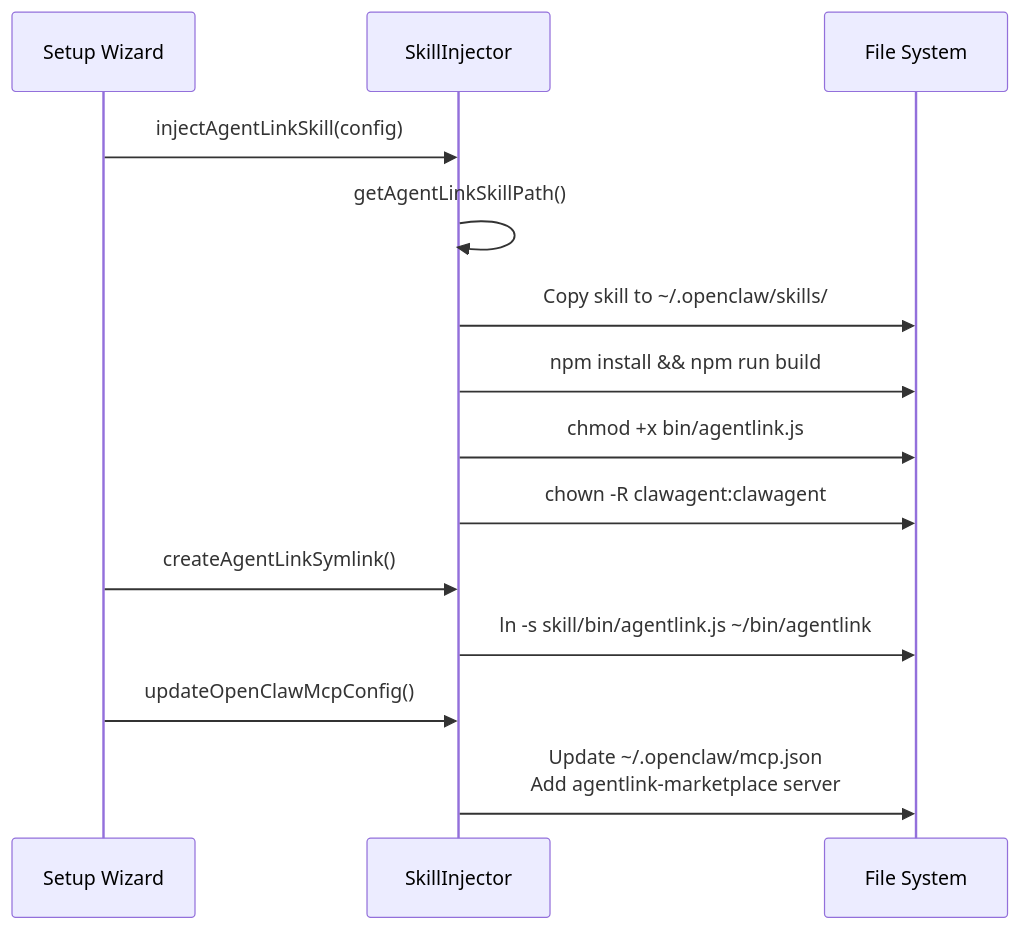
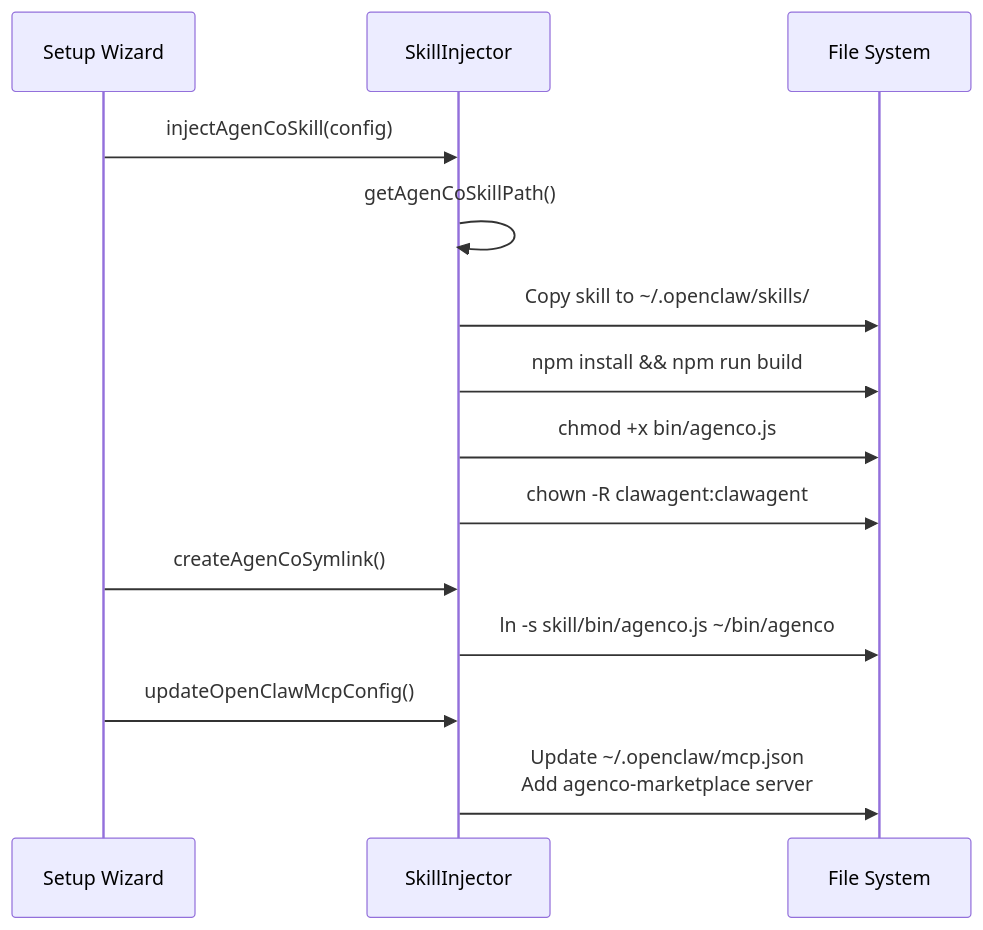
One commit to agen-co/agenshield changed the tenth of 12 diagrams in ARCHITECTURE.md. Above: the diagram before and after it, drawn with Mermaid. The commit also changed other lines of this file and 235 other files, not shown here.

Commit message:
Refactor AgentLink to AgenCo; update related components and schemas, enhance filesystem policy support

````diff
--- a/ARCHITECTURE.md
+++ b/ARCHITECTURE.md
@@ -539,23 +539,23 @@
 ```mermaid
 sequenceDiagram
     participant Setup as Setup Wizard
     participant Injector as SkillInjector
     participant FS as File System
 
-    Setup->>Injector: injectAgentLinkSkill(config)
+    Setup->>Injector: injectAgenCoSkill(config)
 
-    Injector->>Injector: getAgentLinkSkillPath()
+    Injector->>Injector: getAgenCoSkillPath()
     Injector->>FS: Copy skill to ~/.openclaw/skills/
 
     Injector->>FS: npm install && npm run build
 
-    Injector->>FS: chmod +x bin/agentlink.js
+    Injector->>FS: chmod +x bin/agenco.js
 
     Injector->>FS: chown -R clawagent:clawagent
 
-    Setup->>Injector: createAgentLinkSymlink()
-    Injector->>FS: ln -s skill/bin/agentlink.js ~/bin/agentlink
+    Setup->>Injector: createAgenCoSymlink()
+    Injector->>FS: ln -s skill/bin/agenco.js ~/bin/agenco
 
     Setup->>Injector: updateOpenClawMcpConfig()
-    Injector->>FS: Update ~/.openclaw/mcp.json<br/>Add agentlink-marketplace server
+    Injector->>FS: Update ~/.openclaw/mcp.json<br/>Add agenco-marketplace server
 ```
````
